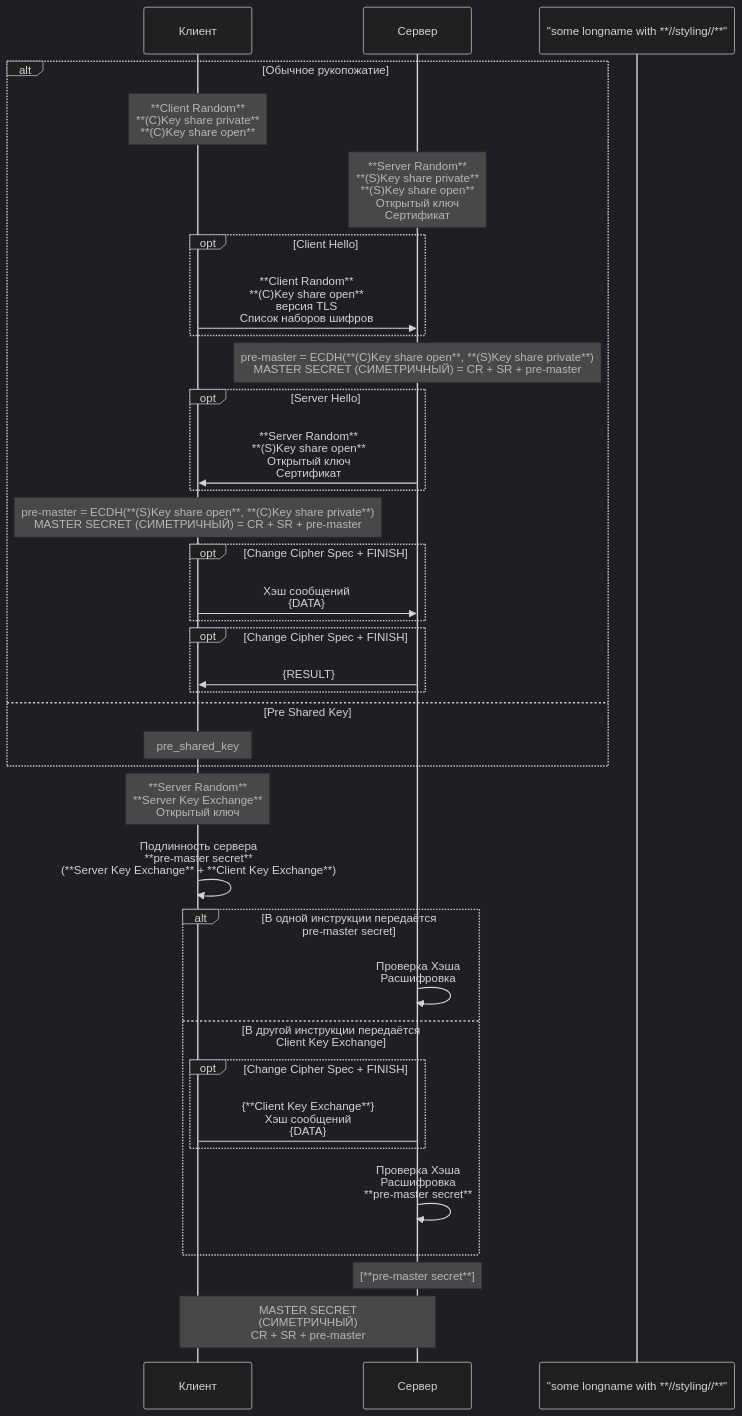
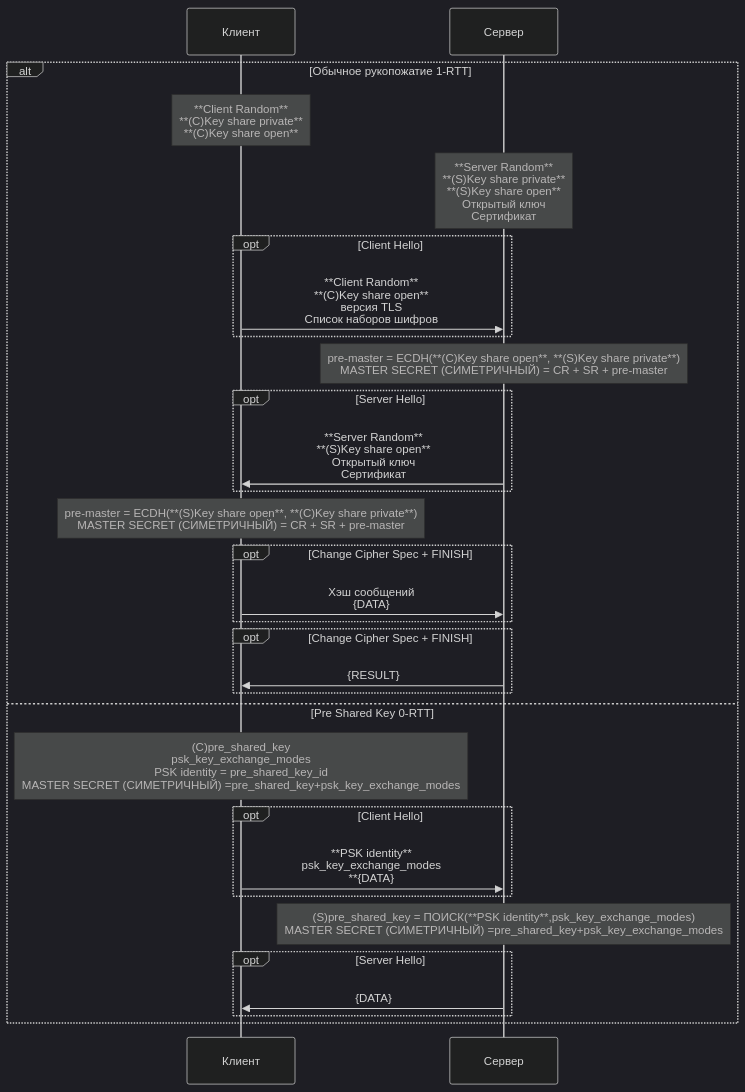
One commit to Firzen475/Common changed the second of 2 diagrams in __01_base__/_02_net_/L6/TLS.md. Above: the diagram before and after it, drawn with Mermaid. The commit also changed other lines of this file and 2 other files, not shown here.

````diff
--- a/__01_base__/_02_net_/L6/TLS.md
+++ b/__01_base__/_02_net_/L6/TLS.md
@@ -89,54 +55,41 @@
 ```mermaid
 %%{init: {
   'theme': 'dark',
   'fontSize': '16px',
   'themeCSS': "text { font-size: 16px !important; }, .actor { font-weight: 600 !important; }",
   
   'fontFamily': 'sans-serif',
   'sequence': {
 
   }
 }}%%
 sequenceDiagram
-    alt Обычное рукопожатие
+    alt Обычное рукопожатие 1-RTT
         note over Клиент: **Client Random**<br/>**(C)Key share private**<br/>**(C)Key share open**
         note over Сервер: **Server Random**<br>**(S)Key share private**<br/>**(S)Key share open**<br>Открытый ключ<br>Сертификат
         opt Client Hello
             Клиент->>Сервер: **Client Random**<br>**(C)Key share open**<br>версия TLS<br>Список наборов шифров
         end
         note over Сервер: pre-master = ECDH(**(C)Key share open**, **(S)Key share private**)<br>MASTER SECRET (СИМЕТРИЧНЫЙ) = CR + SR + pre-master
         opt Server Hello
             Сервер->>Клиент: **Server Random**<br>**(S)Key share open**<br>Открытый ключ<br>Сертификат
         end
         note over Клиент: pre-master = ECDH(**(S)Key share open**, **(C)Key share private**)<br>MASTER SECRET (СИМЕТРИЧНЫЙ) = CR + SR + pre-master
         opt Change Cipher Spec + FINISH
             Клиент->>Сервер: Хэш сообщений<br>{DATA}
         end
         opt Change Cipher Spec + FINISH
             Сервер ->> Клиент: {RESULT}
         end
-    else Pre Shared Key
-        note over Клиент: pre_shared_key
-        participant "some longname with **//styling//**"
+    else Pre Shared Key 0-RTT
+        note over Клиент: (C)pre_shared_key<br>psk_key_exchange_modes<br>PSK identity = pre_shared_key_id <br>MASTER SECRET (СИМЕТРИЧНЫЙ) =pre_shared_key+psk_key_exchange_modes
+        opt Client Hello
+            Клиент->>Сервер: **PSK identity**<br>psk_key_exchange_modes<br>**{DATA}
+        end
+        note over Сервер: (S)pre_shared_key = ПОИСК(**PSK identity**,psk_key_exchange_modes)<br>MASTER SECRET (СИМЕТРИЧНЫЙ) =pre_shared_key+psk_key_exchange_modes
+        opt Server Hello
+            Сервер->>Клиент: {DATA}
+        end
     end
-    
-    
-    
-    
-    
-    note over Клиент: **Server Random**<br>**Server Key Exchange**<br>Открытый ключ
-    Клиент ->> Клиент: Подлинность сервера<br>**pre-master secret**<br>(**Server Key Exchange** + **Client Key Exchange**)
-    alt В одной инструкции передаётся<br>pre-master secret
-        
-        Сервер->>Сервер: Проверка Хэша<br>Расшифровка
-    else В другой инструкции передаётся<br>Client Key Exchange
-        opt Change Cipher Spec + FINISH
-            Клиент->Сервер: {**Client Key Exchange**}<br>Хэш сообщений<br>{DATA}
-        end
-        Сервер->>Сервер: Проверка Хэша<br>Расшифровка<br>**pre-master secret**
-    end
-    note over Сервер: [**pre-master secret**]
-    note over Клиент,Сервер: MASTER SECRET<br>(СИМЕТРИЧНЫЙ)<br> CR + SR + pre-master
-    
 
 ```
````
